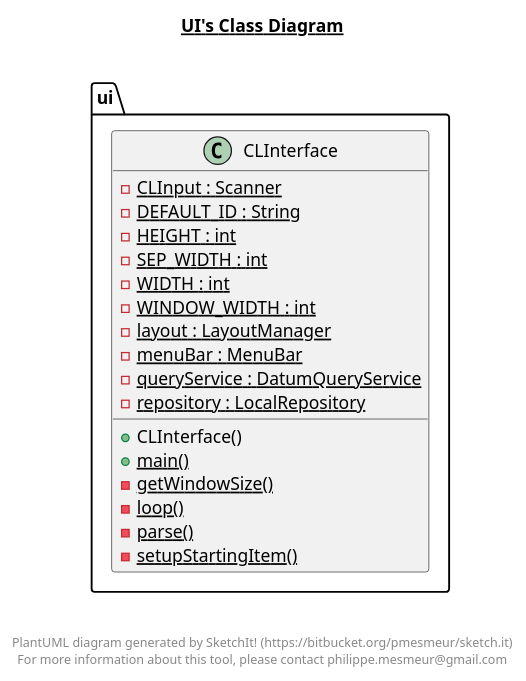
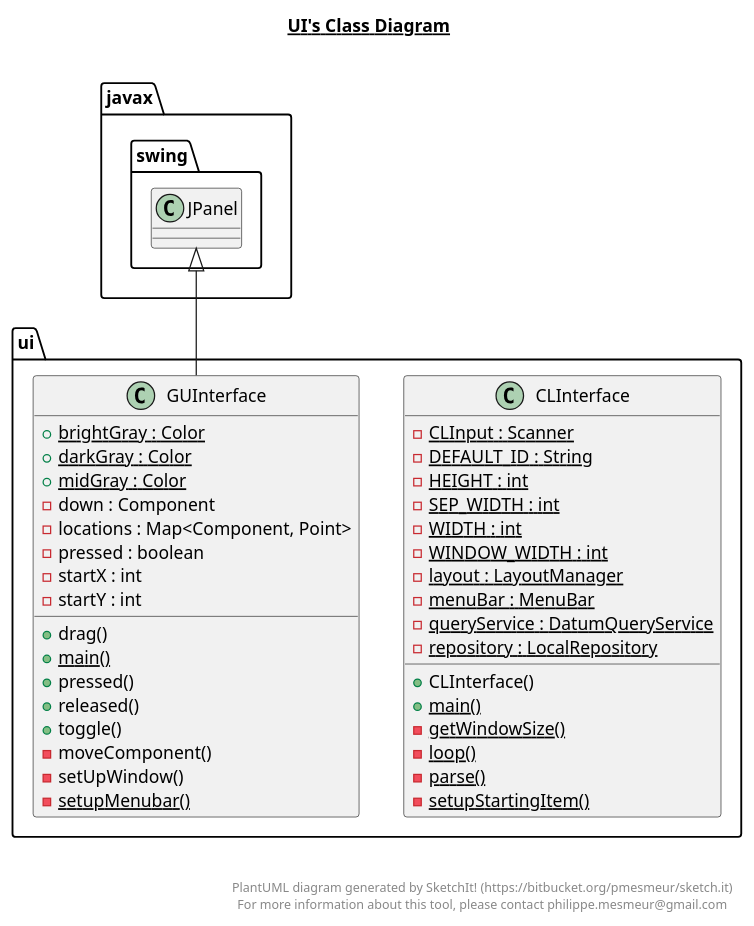
The diagram in src/main/ui/ui.plantuml (Bryce-MW/WikidataExplorer), drawn with PlantUML before and after one commit. The commit also changed 8 other files, not shown here.

```diff
--- a/src/main/ui/ui.plantuml
+++ b/src/main/ui/ui.plantuml
@@ -1,36 +1,59 @@
 @startuml
 
 title __UI's Class Diagram__\n
 
   namespace ui {
     class ui.CLInterface {
         {static} - CLInput : Scanner
         {static} - DEFAULT_ID : String
         {static} - HEIGHT : int
         {static} - SEP_WIDTH : int
         {static} - WIDTH : int
         {static} - WINDOW_WIDTH : int
         {static} - layout : LayoutManager
         {static} - menuBar : MenuBar
         {static} - queryService : DatumQueryService
         {static} - repository : LocalRepository
         + CLInterface()
         {static} + main()
         {static} - getWindowSize()
         {static} - loop()
         {static} - parse()
         {static} - setupStartingItem()
     }
   }
   
 
+  namespace ui {
+    class ui.GUInterface {
+        {static} + brightGray : Color
+        {static} + darkGray : Color
+        {static} + midGray : Color
+        - down : Component
+        - locations : Map<Component, Point>
+        - pressed : boolean
+        - startX : int
+        - startY : int
+        + drag()
+        {static} + main()
+        + pressed()
+        + released()
+        + toggle()
+        - moveComponent()
+        - setUpWindow()
+        {static} - setupMenubar()
+    }
+  }
+  
+
+  ui.GUInterface -up-|> javax.swing.JPanel
 
 
 right footer
 
 
 PlantUML diagram generated by SketchIt! (https://bitbucket.org/pmesmeur/sketch.it)
 For more information about this tool, please contact philippe.mesmeur@gmail.com
 endfooter
 
 @enduml
```
